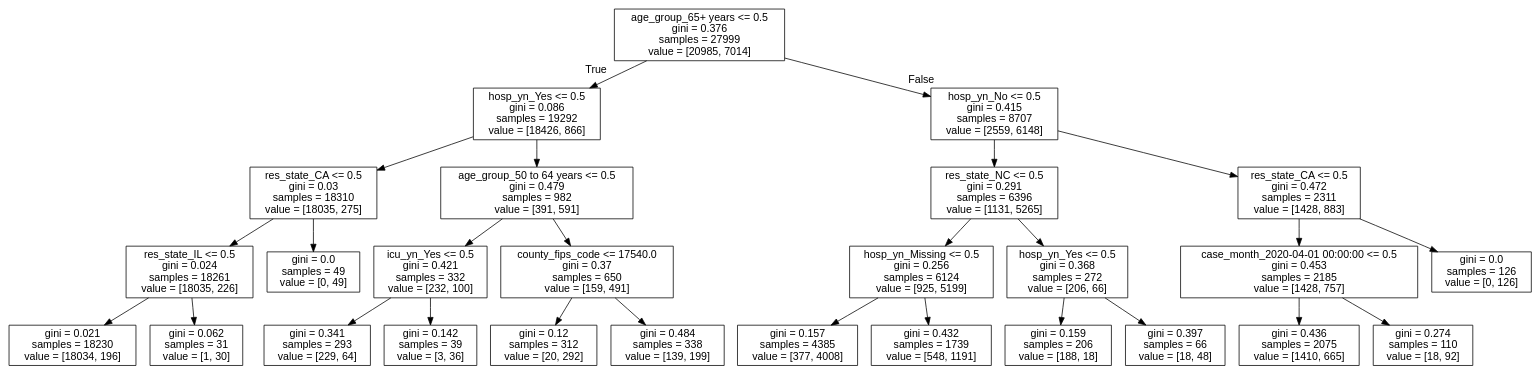
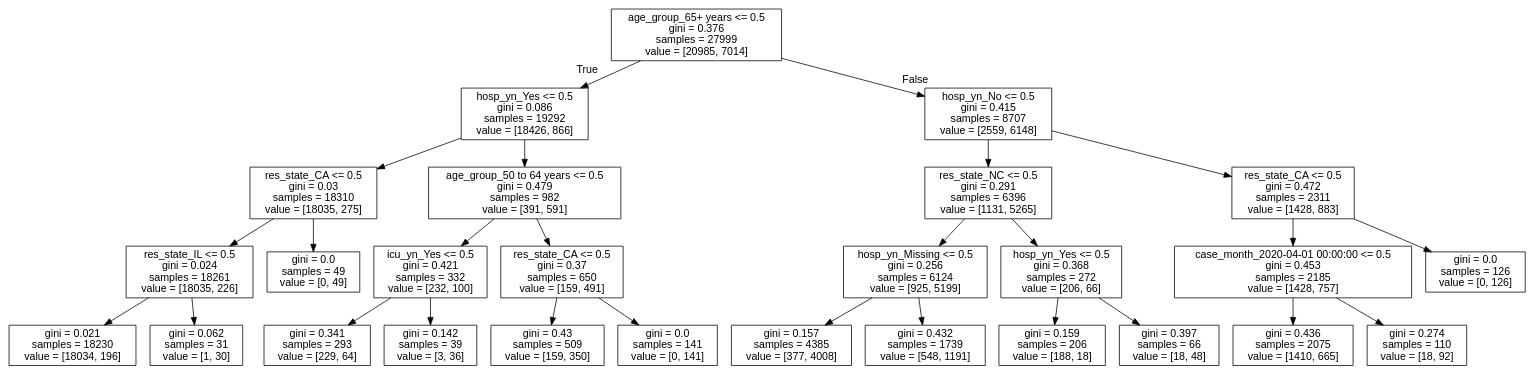
One commit to paul-od24/data_analytics_hw2 changed the diagram in DecisionTree4.dot. Above: the diagram before and after it, drawn with Graphviz. The commit also changed 3 other files, not shown here.

```diff
--- a/DecisionTree4.dot
+++ b/DecisionTree4.dot
@@ -1,57 +1,57 @@
 digraph Tree {
 node [shape=box, fontname="helvetica"] ;
 edge [fontname="helvetica"] ;
 0 [label="age_group_65+ years <= 0.5\ngini = 0.376\nsamples = 27999\nvalue = [20985, 7014]"] ;
 1 [label="hosp_yn_Yes <= 0.5\ngini = 0.086\nsamples = 19292\nvalue = [18426, 866]"] ;
 0 -> 1 [labeldistance=2.5, labelangle=45, headlabel="True"] ;
 2 [label="res_state_CA <= 0.5\ngini = 0.03\nsamples = 18310\nvalue = [18035, 275]"] ;
 1 -> 2 ;
 3 [label="res_state_IL <= 0.5\ngini = 0.024\nsamples = 18261\nvalue = [18035, 226]"] ;
 2 -> 3 ;
 4 [label="gini = 0.021\nsamples = 18230\nvalue = [18034, 196]"] ;
 3 -> 4 ;
 5 [label="gini = 0.062\nsamples = 31\nvalue = [1, 30]"] ;
 3 -> 5 ;
 6 [label="gini = 0.0\nsamples = 49\nvalue = [0, 49]"] ;
 2 -> 6 ;
 7 [label="age_group_50 to 64 years <= 0.5\ngini = 0.479\nsamples = 982\nvalue = [391, 591]"] ;
 1 -> 7 ;
 8 [label="icu_yn_Yes <= 0.5\ngini = 0.421\nsamples = 332\nvalue = [232, 100]"] ;
 7 -> 8 ;
 9 [label="gini = 0.341\nsamples = 293\nvalue = [229, 64]"] ;
 8 -> 9 ;
 10 [label="gini = 0.142\nsamples = 39\nvalue = [3, 36]"] ;
 8 -> 10 ;
-11 [label="county_fips_code <= 17540.0\ngini = 0.37\nsamples = 650\nvalue = [159, 491]"] ;
+11 [label="res_state_CA <= 0.5\ngini = 0.37\nsamples = 650\nvalue = [159, 491]"] ;
 7 -> 11 ;
-12 [label="gini = 0.12\nsamples = 312\nvalue = [20, 292]"] ;
+12 [label="gini = 0.43\nsamples = 509\nvalue = [159, 350]"] ;
 11 -> 12 ;
-13 [label="gini = 0.484\nsamples = 338\nvalue = [139, 199]"] ;
+13 [label="gini = 0.0\nsamples = 141\nvalue = [0, 141]"] ;
 11 -> 13 ;
 14 [label="hosp_yn_No <= 0.5\ngini = 0.415\nsamples = 8707\nvalue = [2559, 6148]"] ;
 0 -> 14 [labeldistance=2.5, labelangle=-45, headlabel="False"] ;
 15 [label="res_state_NC <= 0.5\ngini = 0.291\nsamples = 6396\nvalue = [1131, 5265]"] ;
 14 -> 15 ;
 16 [label="hosp_yn_Missing <= 0.5\ngini = 0.256\nsamples = 6124\nvalue = [925, 5199]"] ;
 15 -> 16 ;
 17 [label="gini = 0.157\nsamples = 4385\nvalue = [377, 4008]"] ;
 16 -> 17 ;
 18 [label="gini = 0.432\nsamples = 1739\nvalue = [548, 1191]"] ;
 16 -> 18 ;
 19 [label="hosp_yn_Yes <= 0.5\ngini = 0.368\nsamples = 272\nvalue = [206, 66]"] ;
 15 -> 19 ;
 20 [label="gini = 0.159\nsamples = 206\nvalue = [188, 18]"] ;
 19 -> 20 ;
 21 [label="gini = 0.397\nsamples = 66\nvalue = [18, 48]"] ;
 19 -> 21 ;
 22 [label="res_state_CA <= 0.5\ngini = 0.472\nsamples = 2311\nvalue = [1428, 883]"] ;
 14 -> 22 ;
 23 [label="case_month_2020-04-01 00:00:00 <= 0.5\ngini = 0.453\nsamples = 2185\nvalue = [1428, 757]"] ;
 22 -> 23 ;
 24 [label="gini = 0.436\nsamples = 2075\nvalue = [1410, 665]"] ;
 23 -> 24 ;
 25 [label="gini = 0.274\nsamples = 110\nvalue = [18, 92]"] ;
 23 -> 25 ;
 26 [label="gini = 0.0\nsamples = 126\nvalue = [0, 126]"] ;
 22 -> 26 ;
 }
```
